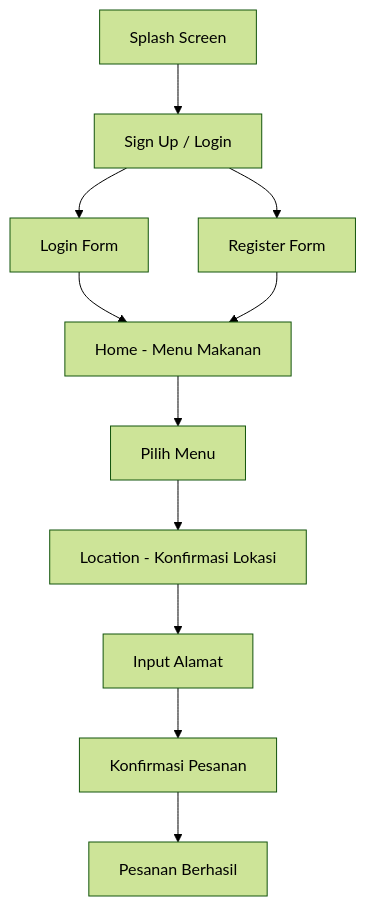
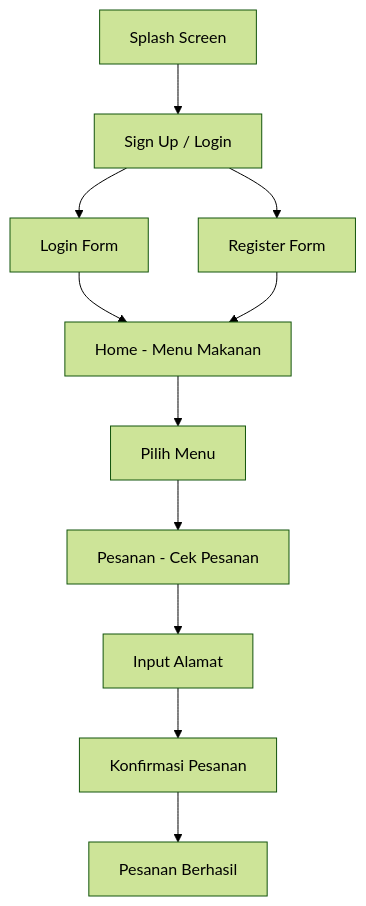
One commit to dnjwna/mesen-makanan changed the diagram in README.md. Above: the diagram before and after it, drawn with Mermaid (forest theme). The commit also changed other lines of this file, not shown here.

````diff
--- a/README.md
+++ b/README.md
@@ -146,13 +147,13 @@
 ```mermaid
 graph TD
     A[Splash Screen] --> B[Sign Up / Login]
     B --> C[Login Form]
     B --> D[Register Form]
     C --> E[Home - Menu Makanan]
     D --> E
     E --> F[Pilih Menu]
-    F --> G[Location - Konfirmasi Lokasi]
+    F --> G[Pesanan - Cek Pesanan]
     G --> H[Input Alamat]
     H --> I[Konfirmasi Pesanan]
     I --> J[Pesanan Berhasil]
 ```
````
